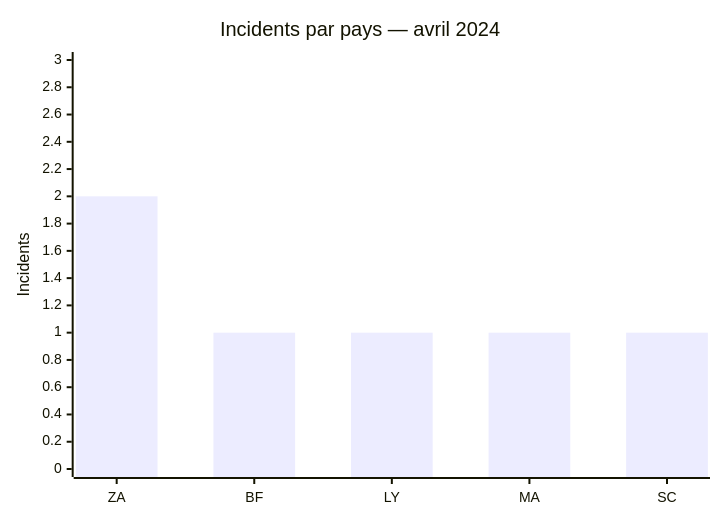
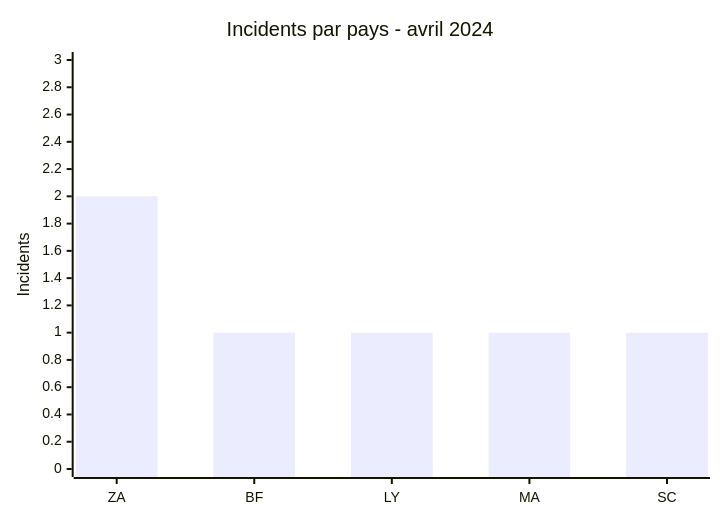
One commit to Hatchepsoute/AFRINTEL changed the first of 2 diagrams in CyberAttackAfrica/2024/04-april/README_FR.md. Above: the diagram before and after it, drawn with Mermaid. The commit also changed other lines of this file and 182 other files, not shown here.

````diff
--- a/CyberAttackAfrica/2024/04-april/README_FR.md
+++ b/CyberAttackAfrica/2024/04-april/README_FR.md
@@ -44,7 +44,7 @@
 ```mermaid
 xychart
-    title "Incidents par pays — avril 2024"
+    title "Incidents par pays - avril 2024"
     x-axis ["ZA","BF","LY","MA","SC"]
     y-axis "Incidents" 0 --> 3
     bar [2,1,1,1,1]
 ```
````
